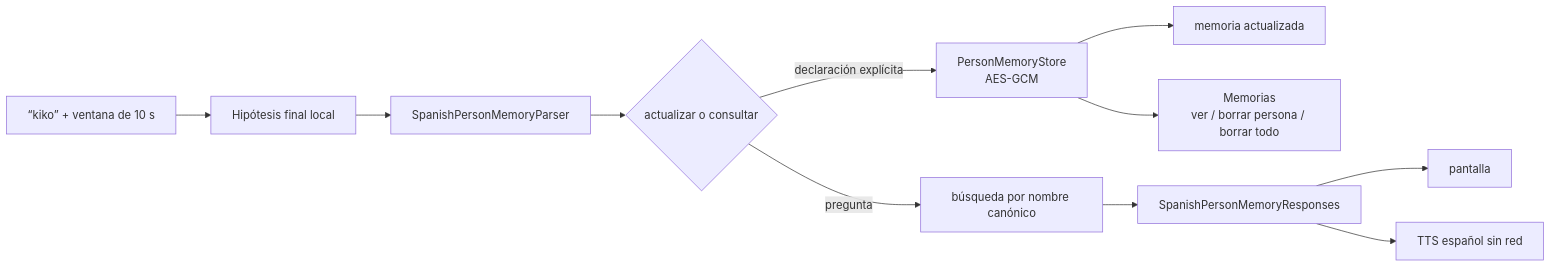
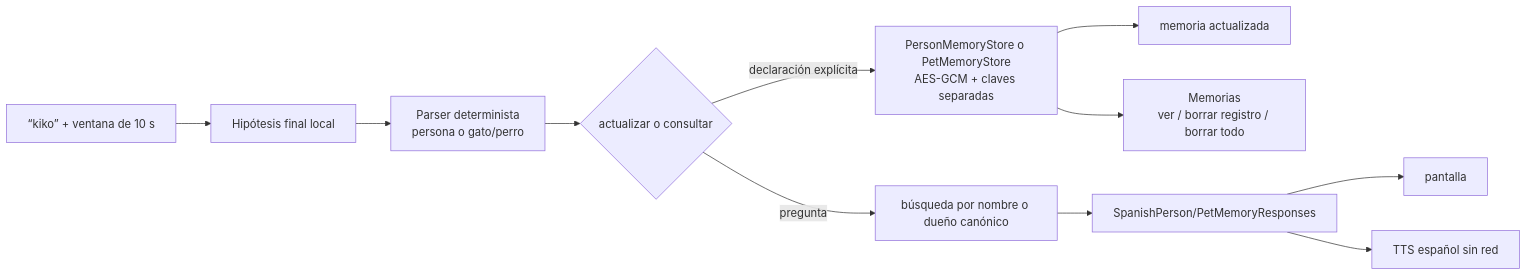
The third of 6 diagrams in docs/ARCHITECTURE.md (arielmendz/kiko), drawn with Mermaid before and after one commit. The commit also changed other lines of this file and 18 other files, not shown here.

Commit message:
Add encrypted pet memory

````diff
--- a/docs/ARCHITECTURE.md
+++ b/docs/ARCHITECTURE.md
@@ -145,13 +162,13 @@
 ```mermaid
 flowchart LR
     Wake["“kiko” + ventana de 10 s"] --> Final["Hipótesis final local"]
-    Final --> Parser["SpanishPersonMemoryParser"]
+    Final --> Parser["Parser determinista<br/>persona o gato/perro"]
     Parser --> Kind{"actualizar o consultar"}
-    Kind -- "declaración explícita" --> Store["PersonMemoryStore<br/>AES-GCM"]
+    Kind -- "declaración explícita" --> Store["PersonMemoryStore o PetMemoryStore<br/>AES-GCM + claves separadas"]
     Store --> Updated["memoria actualizada"]
-    Kind -- "pregunta" --> Lookup["búsqueda por nombre canónico"]
-    Lookup --> Response["SpanishPersonMemoryResponses"]
+    Kind -- "pregunta" --> Lookup["búsqueda por nombre o dueño canónico"]
+    Lookup --> Response["SpanishPerson/PetMemoryResponses"]
     Response --> Screen["pantalla"]
     Response --> Voice["TTS español sin red"]
-    Store --> Owner["Memorias<br/>ver / borrar persona / borrar todo"]
+    Store --> Owner["Memorias<br/>ver / borrar registro / borrar todo"]
 ```
````
